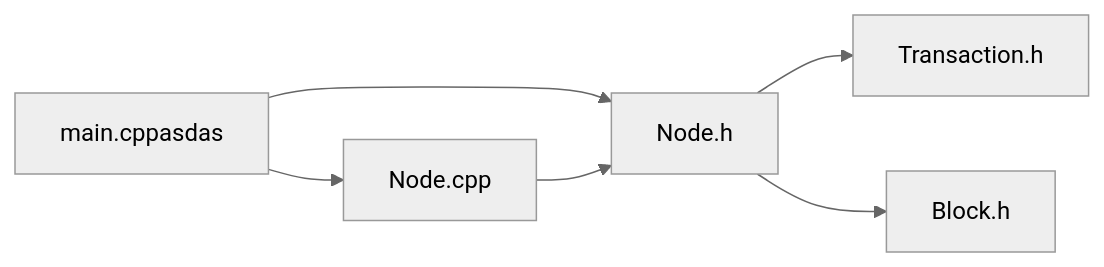
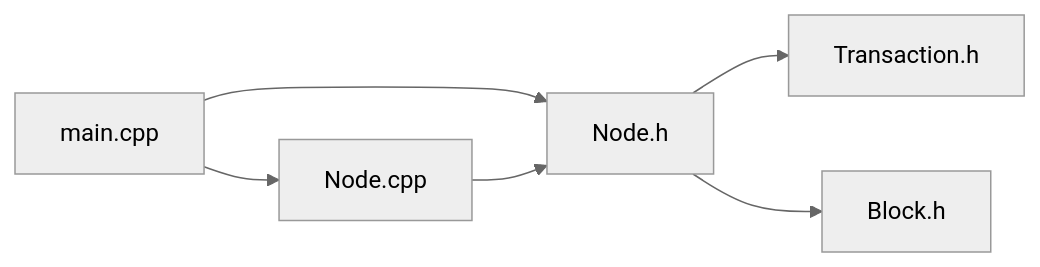
Before and after one commit to floor-licker/B-wbsft: the diagram in README.md, drawn with Mermaid (neutral theme).

````diff
--- a/README.md
+++ b/README.md
@@ -14,8 +14,8 @@
 ```mermaid
 graph LR
-    A["main.cppasdas  "] --> B["Node.h"]
+    A["main.cpp        "] --> B["Node.h"]
     A --> C["Node.cpp"]
     B --> D["Transaction.h"]
     B --> E["Block.h"]
     C --> B
 ```
````
